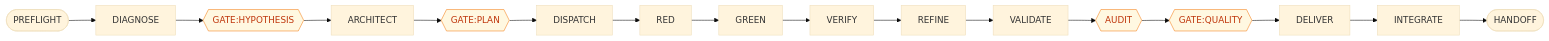
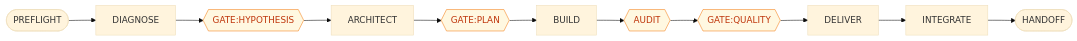
Before and after one commit to Munsik-Park/autoflow: the diagram in README.md, drawn with Mermaid (base theme). The commit also changed other lines of this file and 63 other files, not shown here.

First line of the commit message:
feat(#379): U4 Build unit replaces DISPATCH..VALIDATE and the cause-branch workflow

````diff
--- a/README.md
+++ b/README.md
@@ -57,21 +53,16 @@
 ```mermaid
 flowchart LR
     PRE([PREFLIGHT]) --> DIA[DIAGNOSE]
     DIA --> HYP{{GATE:HYPOTHESIS}}
     HYP --> ARC[ARCHITECT]
     ARC --> PLAN{{GATE:PLAN}}
-    PLAN --> DIS[DISPATCH]
-    DIS --> RED[RED]
-    RED --> GREEN[GREEN]
-    GREEN --> VER[VERIFY]
-    VER --> REF[REFINE]
-    REF --> VAL[VALIDATE]
-    VAL --> AUD{{AUDIT}}
+    PLAN --> BLD[BUILD]
+    BLD --> AUD{{AUDIT}}
     AUD --> QUAL{{GATE:QUALITY}}
     QUAL --> DEL[DELIVER]
     DEL --> INT[INTEGRATE]
     INT --> HAND([HANDOFF])
 
     classDef gate fill:#fff8e1,stroke:#f57f17,color:#bf360c
     class HYP,PLAN,AUD,QUAL gate
 ```
````
